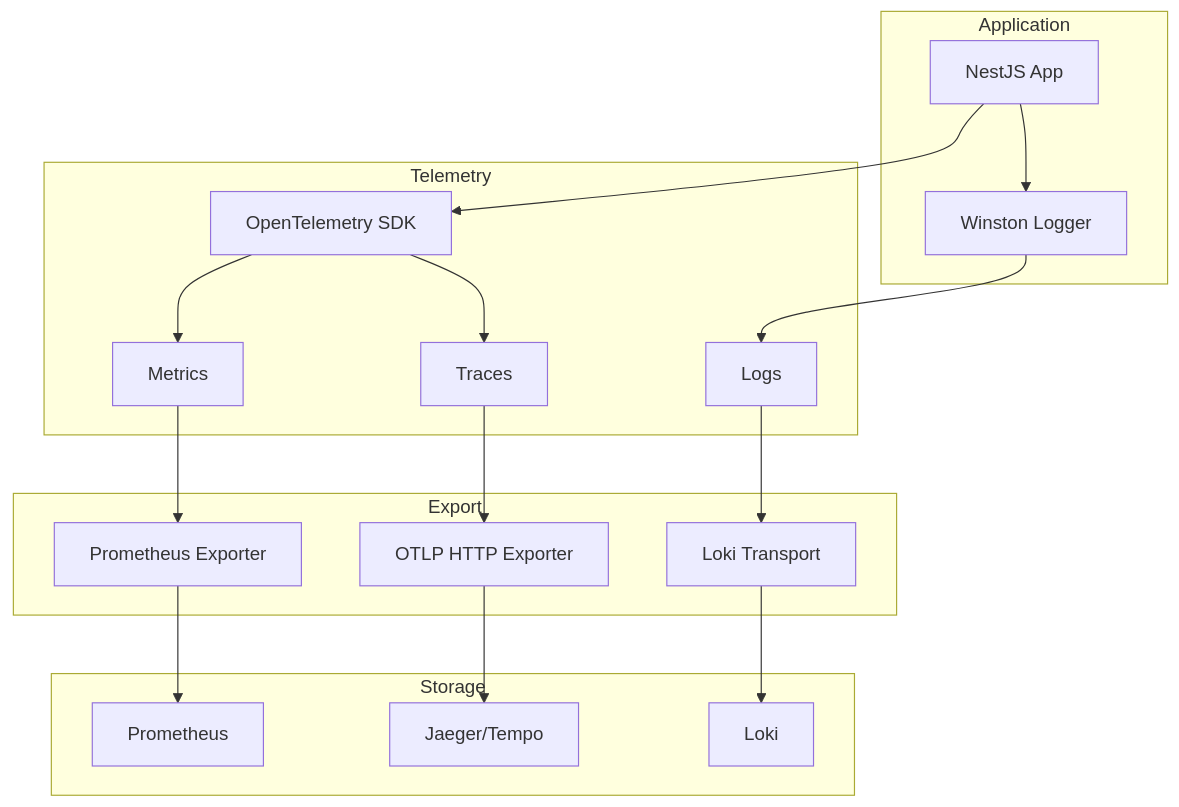
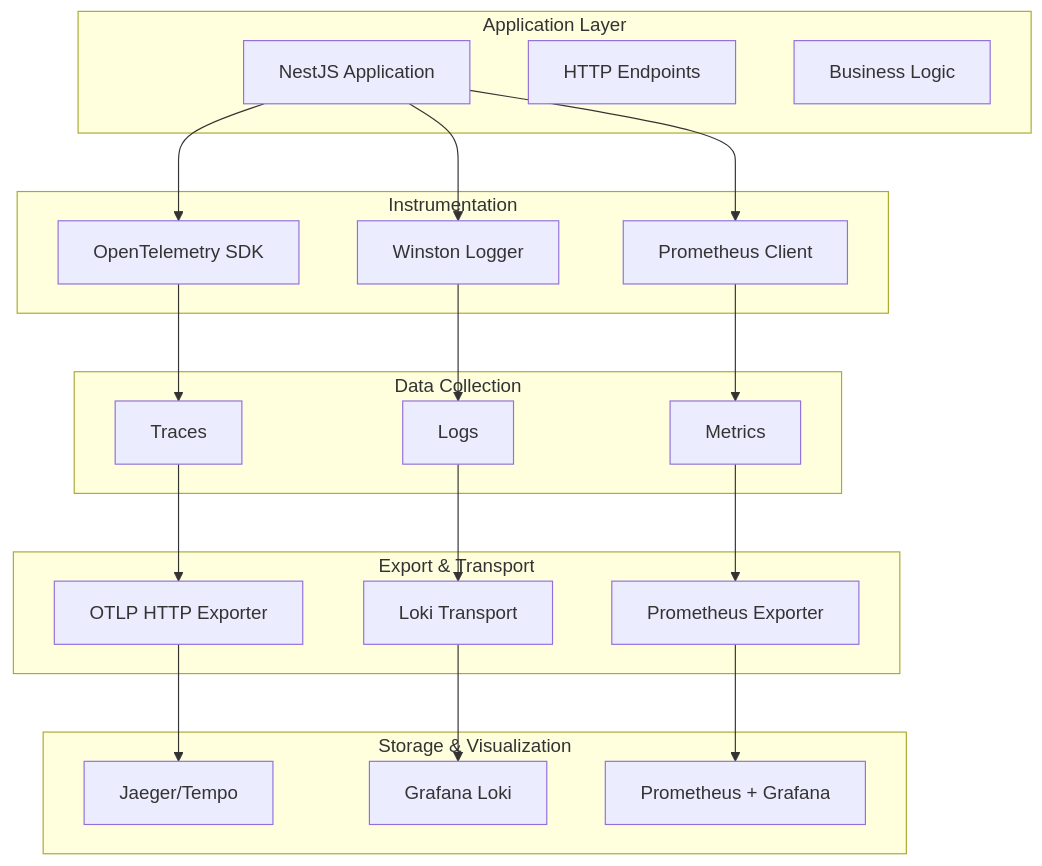
Before and after one commit to Amtilan/cpp: the third of 4 diagrams in README.md, drawn with Mermaid. The commit also changed other lines of this file, not shown here.

````diff
--- a/README.md
+++ b/README.md
@@ -234,40 +904,48 @@
 ```mermaid
-graph TD
-    subgraph "Application"
-        A[NestJS App]
-        B[Winston Logger]
+graph TB
+    subgraph "Application Layer"
+        A[NestJS Application]
+        B[HTTP Endpoints]
+        C[Business Logic]
     end
     
-    subgraph "Telemetry"
-        C[OpenTelemetry SDK]
-        D[Traces]
-        E[Metrics]
-        F[Logs]
+    subgraph "Instrumentation"
+        D[OpenTelemetry SDK]
+        E[Winston Logger]
+        F[Prometheus Client]
     end
     
-    subgraph "Export"
-        G[Prometheus Exporter]
-        H[OTLP HTTP Exporter]
-        I[Loki Transport]
+    subgraph "Data Collection"
+        G[Traces]
+        H[Logs]
+        I[Metrics]
     end
     
-    subgraph "Storage"
-        J[Prometheus]
-        K[Loki]
-        L[Jaeger/Tempo]
+    subgraph "Export & Transport"
+        J[OTLP HTTP Exporter]
+        K[Loki Transport]
+        L[Prometheus Exporter]
     end
     
-    A --> B
-    A --> C
-    C --> D
-    C --> E
-    B --> F
+    subgraph "Storage & Visualization"
+        M[Jaeger/Tempo]
+        N[Grafana Loki]
+        O[Prometheus + Grafana]
+    end
     
-    D --> H
-    E --> G
+    A --> D
+    A --> E
+    A --> F
+    
+    D --> G
+    E --> H
     F --> I
     
-    H --> L
     G --> J
-    I --> K
+    H --> K
+    I --> L
+    
+    J --> M
+    K --> N
+    L --> O
 ```
````
